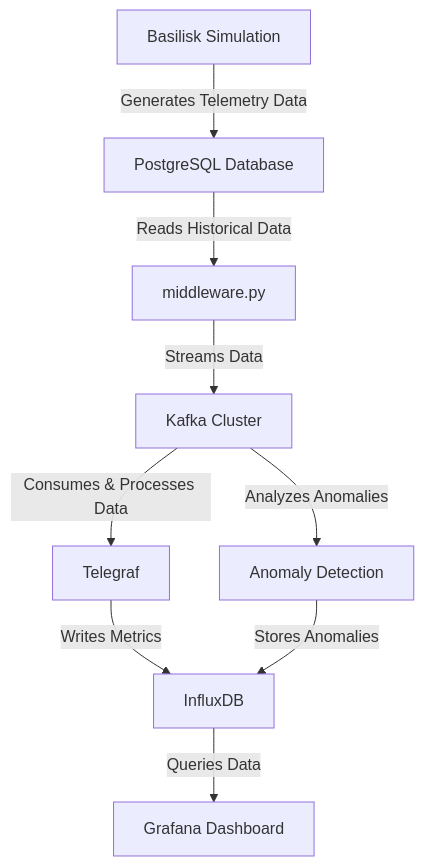
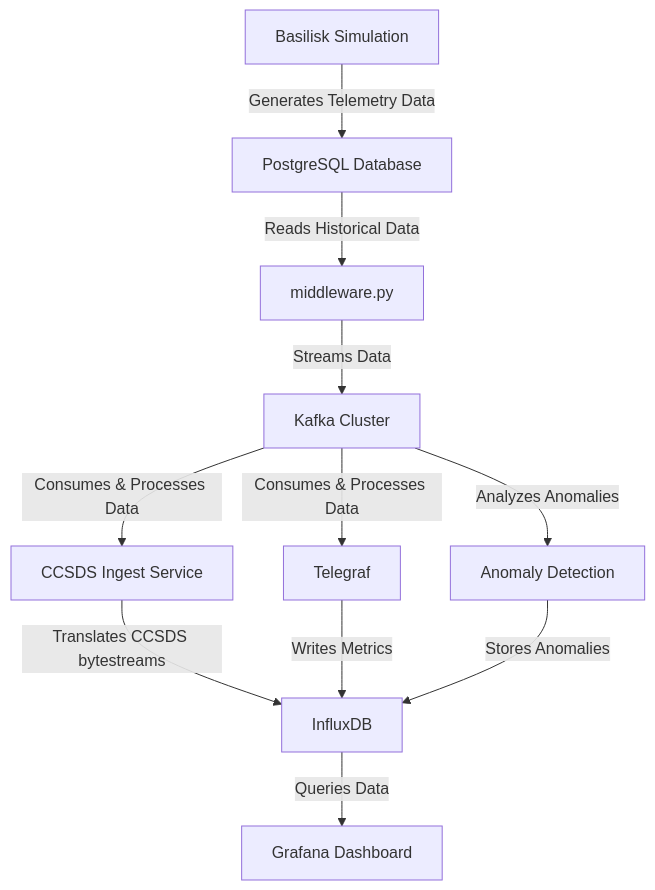
Before and after one commit to MLDS-Laboratory/Sat-Fault-Detection: the diagram in README.md, drawn with Mermaid. The commit also changed other lines of this file, not shown here.

````diff
--- a/README.md
+++ b/README.md
@@ -18,11 +19,13 @@
 ```mermaid
 flowchart TB
     A[Basilisk Simulation] -->|Generates Telemetry Data| B[PostgreSQL Database]
     B -->|Reads Historical Data| C[middleware.py]
     C -->|Streams Data| D[Kafka Cluster]
+    D -->|Consumes & Processes Data| I[CCSDS Ingest Service]
+    I -->|Translates CCSDS bytestreams| F[InfluxDB]
     D -->|Consumes & Processes Data| E[Telegraf]
     E -->|Writes Metrics| F[InfluxDB]
     D -->|Analyzes Anomalies| H[Anomaly Detection]
     H -->|Stores Anomalies| F[InfluxDB]
     F -->|Queries Data| G[Grafana Dashboard]
 ```
````
